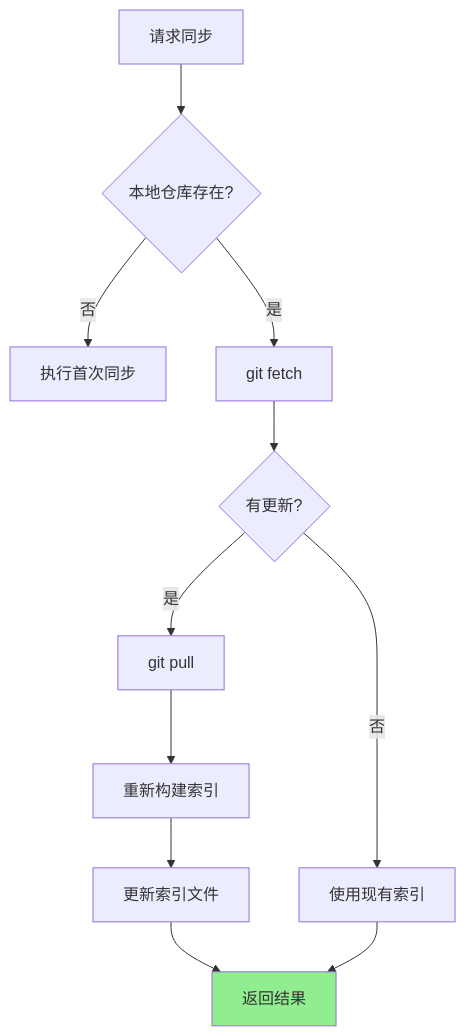
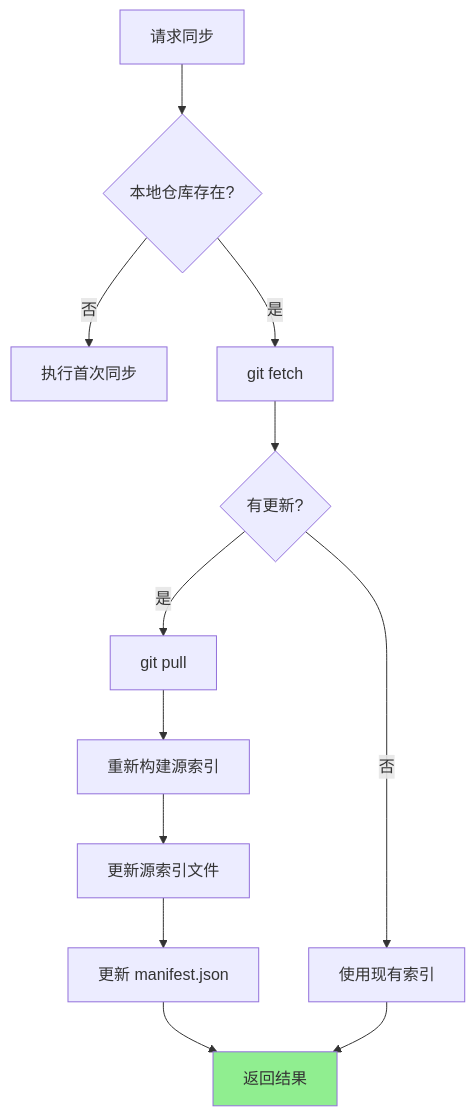
One commit to shetengteng/skillix-mcp changed diagram 11 of 25 in docs/02-设计/20260114-10-sx-market设计.md. Above: the diagram before and after it, drawn with Mermaid. The commit also changed other lines of this file, not shown here.

````diff
--- a/docs/02-设计/20260114-10-sx-market设计.md
+++ b/docs/02-设计/20260114-10-sx-market设计.md
@@ -650,18 +687,19 @@
 ```mermaid
 flowchart TD
     A[请求同步] --> B{本地仓库存在?}
     
     B -->|否| C[执行首次同步]
     B -->|是| D[git fetch]
     
     D --> E{有更新?}
     E -->|否| F[使用现有索引]
     E -->|是| G[git pull]
     
-    G --> H[重新构建索引]
-    H --> I[更新索引文件]
-    I --> J[返回结果]
-    F --> J
+    G --> H[重新构建源索引]
+    H --> I[更新源索引文件]
+    I --> J[更新 manifest.json]
+    J --> K[返回结果]
+    F --> K
     
-    style J fill:#90EE90
+    style K fill:#90EE90
 ```
````
